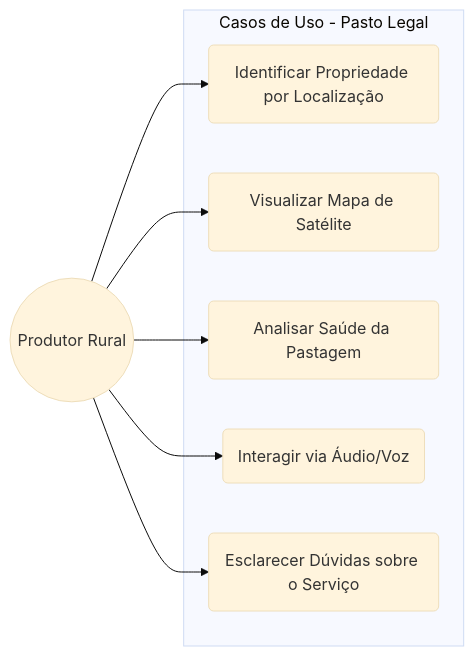
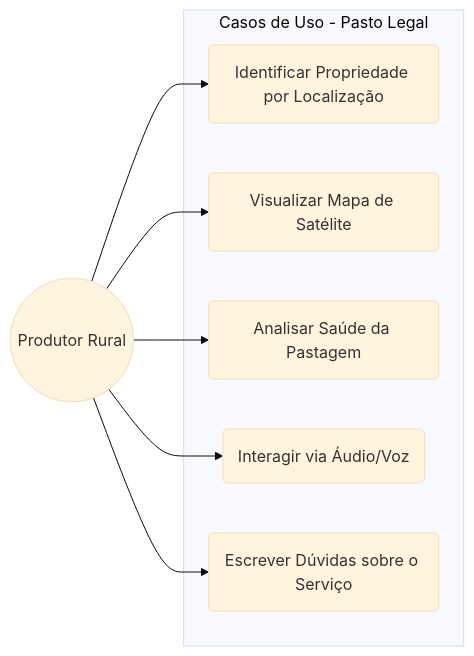
Before and after one commit to lapig-ufg/pasto-legal: the third of 4 diagrams in docs/README.md, drawn with Mermaid (base theme). The commit also changed other lines of this file and 8 other files, not shown here.

````diff
--- a/docs/README.md
+++ b/docs/README.md
@@ -109,18 +216,18 @@
 ```mermaid
 graph LR
     User((Produtor Rural))
-    
+
     subgraph "Casos de Uso - Pasto Legal"
         UC1(Identificar Propriedade por Localização)
         UC2(Visualizar Mapa de Satélite)
         UC3(Analisar Saúde da Pastagem)
         UC4(Interagir via Áudio/Voz)
-        UC5(Esclarecer Dúvidas sobre o Serviço)
+        UC5(Escrever Dúvidas sobre o Serviço)
     end
-    
+
     User --> UC1
     User --> UC2
     User --> UC3
     User --> UC4
     User --> UC5
 ```
````
